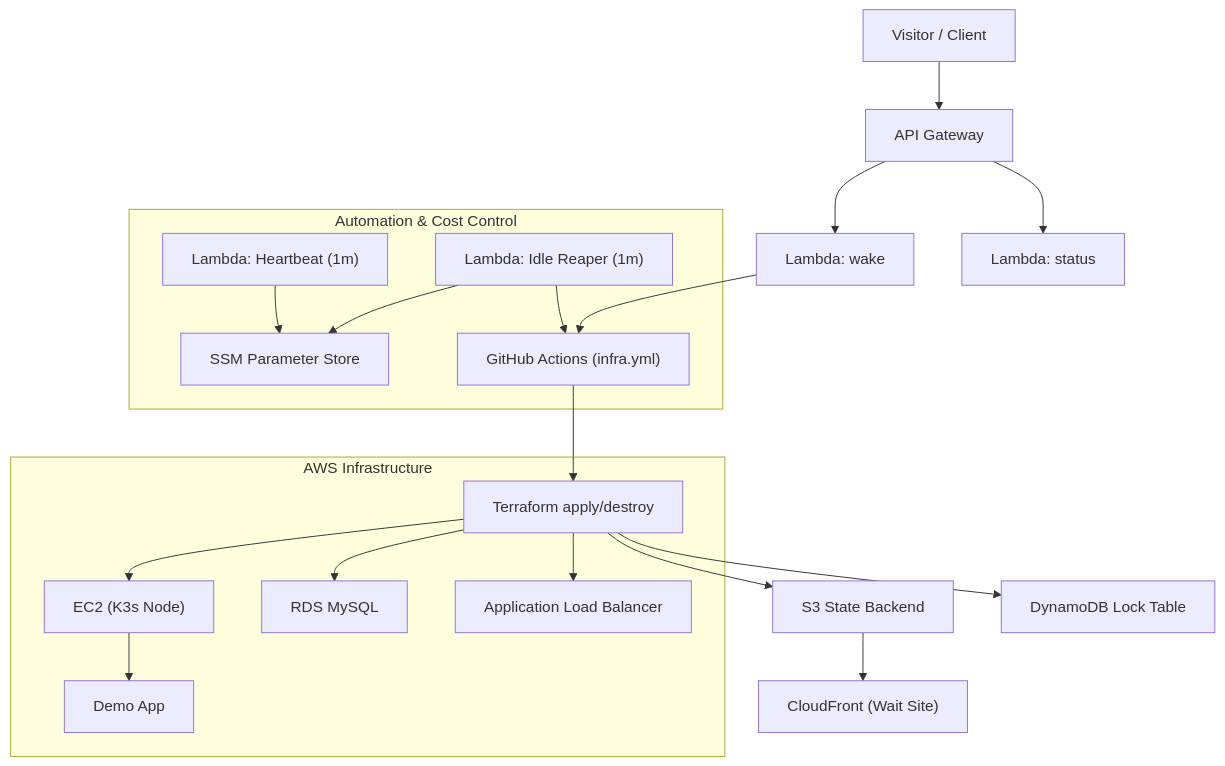
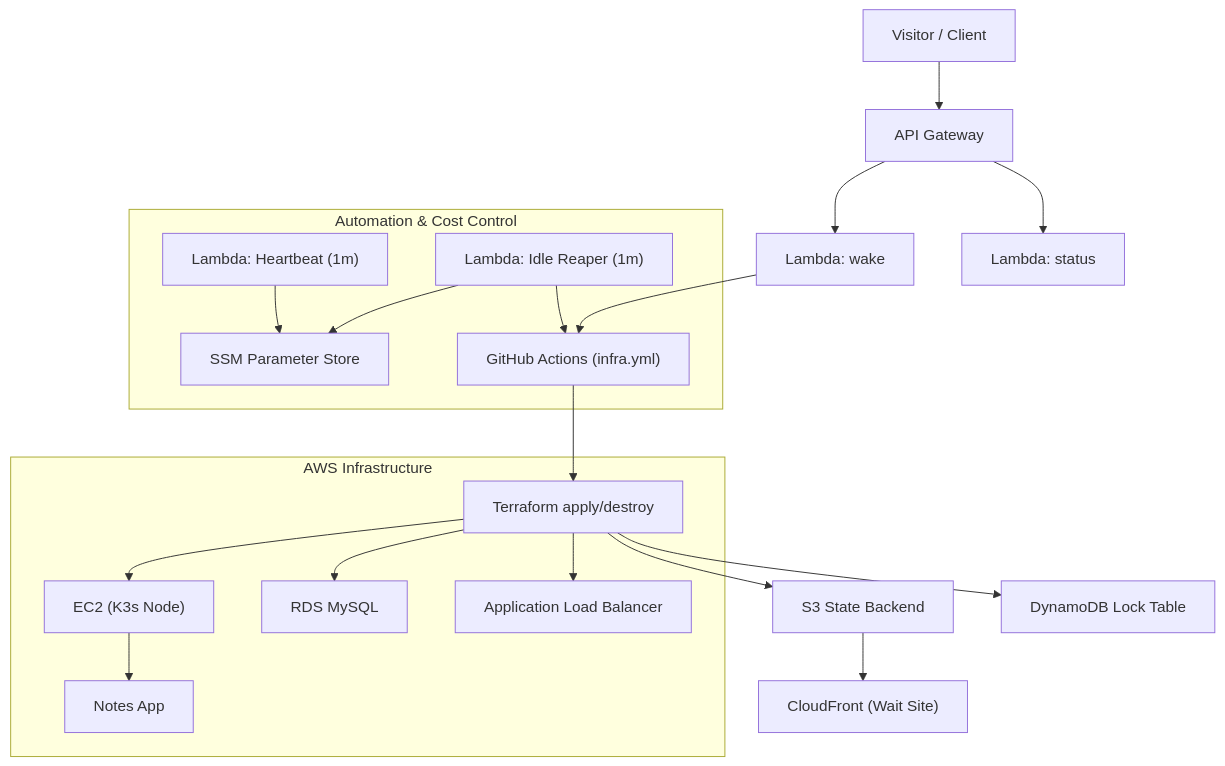
The diagram in README.md (rusets/aws-multi-tier-infra), drawn with Mermaid before and after one commit. The commit also changed other lines of this file, not shown here.

Commit message:
docs: fix Mermaid diagram rendering on GitHub

````diff
--- a/README.md
+++ b/README.md
@@ -9,27 +12,27 @@
 ```mermaid
 flowchart TD
   U["Visitor / Client"] --> GW["API Gateway"]
   GW --> W["Lambda: wake"]
   GW --> S["Lambda: status"]
   W  --> GH["GitHub Actions (infra.yml)"]
   GH --> TF["Terraform apply/destroy"]
 
   subgraph AWS["AWS Infrastructure"]
     TF --> EC2["EC2 (K3s Node)"]
     TF --> DB["RDS MySQL"]
     TF --> ALB["Application Load Balancer"]
-    EC2 --> APP["Demo App"]
+    EC2 --> APP["Notes App"]
   end
 
   subgraph AUTO["Automation & Cost Control"]
     HB["Lambda: Heartbeat (1m)"]
     IR["Lambda: Idle Reaper (1m)"]
     HB --> SSM["SSM Parameter Store"]
     IR --> SSM
     IR --> GH
   end
 
   TF --> S3["S3 State Backend"]
   TF --> DDB["DynamoDB Lock Table"]
   S3 --> CF["CloudFront (Wait Site)"]
 ```
````
